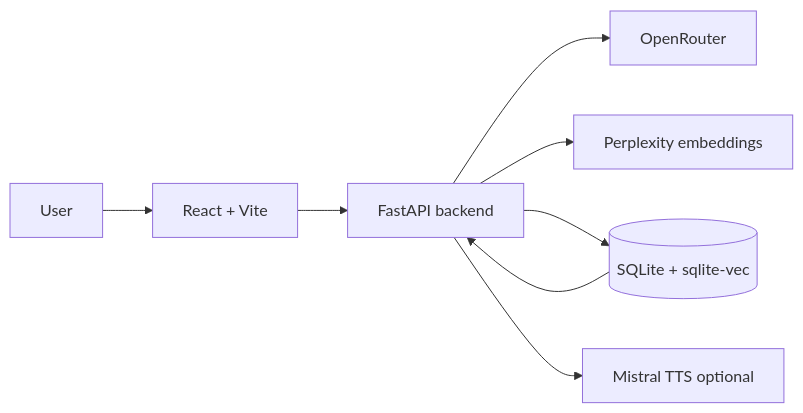
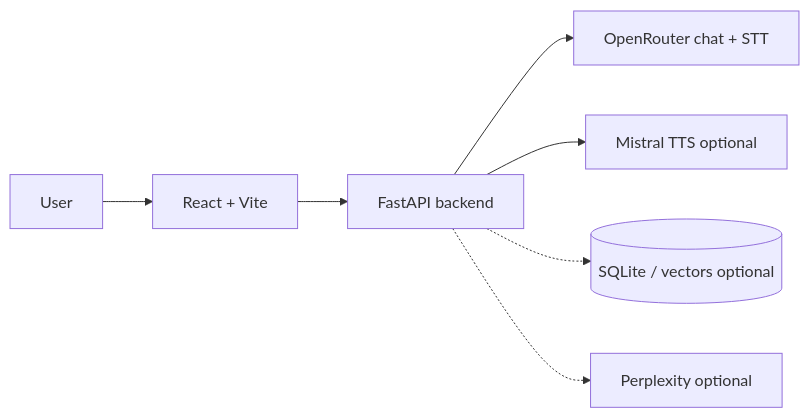
One commit to MrFunnything99/Open-Journal changed the diagram in README.md. Above: the diagram before and after it, drawn with Mermaid. The commit also changed other lines of this file and 2 other files, not shown here.

````diff
--- a/README.md
+++ b/README.md
@@ -223,10 +240,9 @@
 ```mermaid
 flowchart LR
   U[User] --> FE[React + Vite]
   FE --> API[FastAPI backend]
-  API --> OR[OpenRouter]
-  API --> PPLX[Perplexity embeddings]
-  API --> DB[(SQLite + sqlite-vec)]
+  API --> OR[OpenRouter chat + STT]
   API --> MIST[Mistral TTS optional]
-  DB --> API
+  API -.-> DB[(SQLite / vectors optional)]
+  API -.-> PPLX[Perplexity optional]
 ```
````
